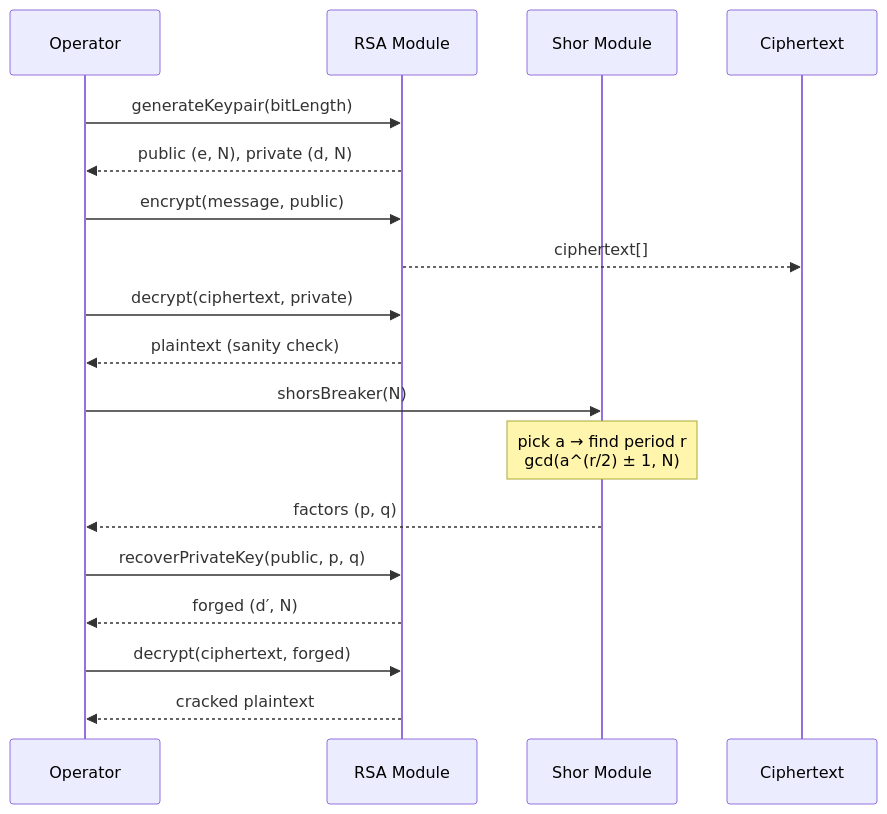
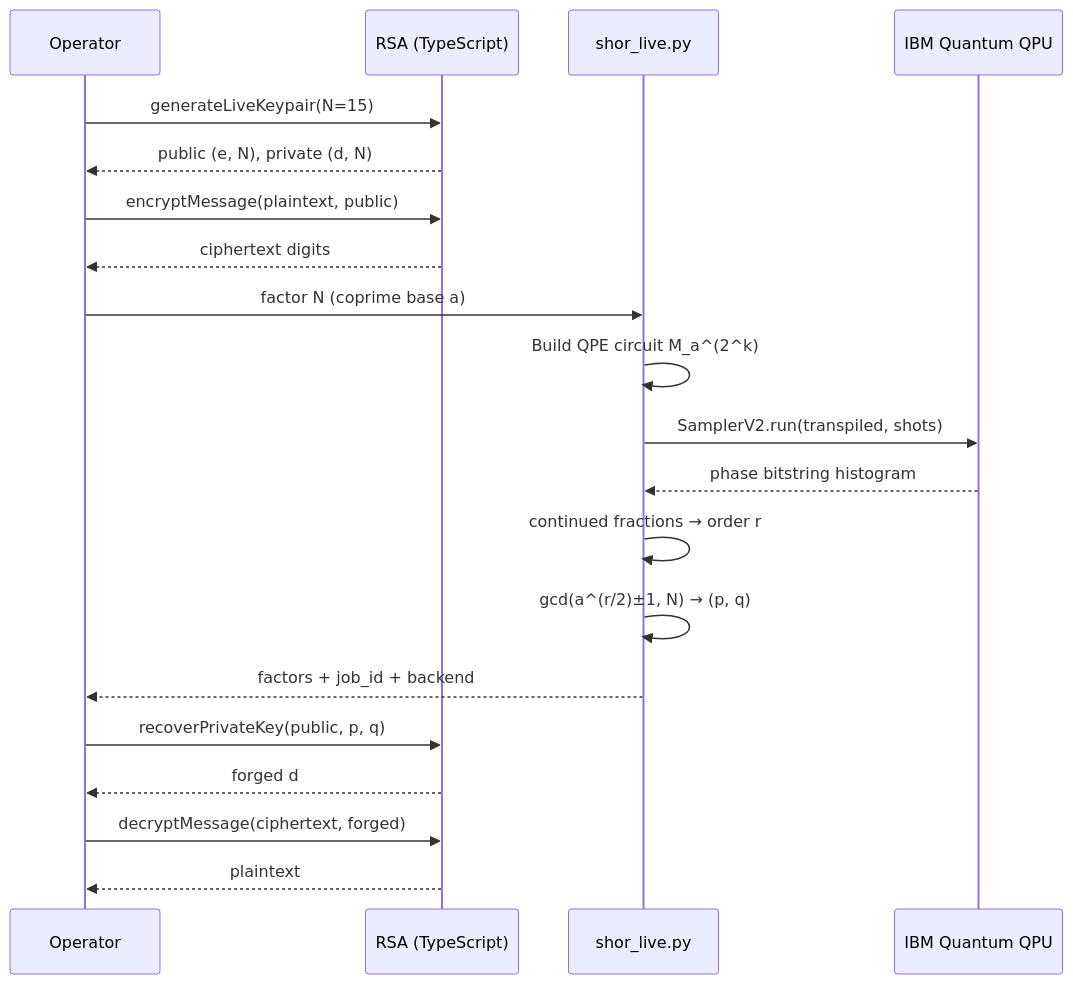
The second of 4 diagrams in README.md (shep95/ZOSMA_ANTI_ENCRYPTION), drawn with Mermaid before and after one commit. The commit also changed other lines of this file and 9 other files, not shown here.

First line of the commit message:
Replace classical period finding with live IBM Quantum Shor.

````diff
--- a/README.md
+++ b/README.md
@@ -60,26 +56,26 @@
 ```mermaid
 sequenceDiagram
-  participant U as Operator
-  participant RSA as RSA Module
-  participant SHOR as Shor Module
-  participant CT as Ciphertext
+  participant Op as Operator
+  participant RSA as RSA (TypeScript)
+  participant Q as shor_live.py
+  participant IBM as IBM Quantum QPU
 
-  U->>RSA: generateKeypair(bitLength)
-  RSA-->>U: public (e, N), private (d, N)
+  Op->>RSA: generateLiveKeypair(N=15)
+  RSA-->>Op: public (e, N), private (d, N)
 
-  U->>RSA: encrypt(message, public)
-  RSA-->>CT: ciphertext[]
+  Op->>RSA: encryptMessage(plaintext, public)
+  RSA-->>Op: ciphertext digits
 
-  U->>RSA: decrypt(ciphertext, private)
-  RSA-->>U: plaintext (sanity check)
+  Op->>Q: factor N (coprime base a)
+  Q->>Q: Build QPE circuit M_a^(2^k)
+  Q->>IBM: SamplerV2.run(transpiled, shots)
+  IBM-->>Q: phase bitstring histogram
+  Q->>Q: continued fractions → order r
+  Q->>Q: gcd(a^(r/2)±1, N) → (p, q)
+  Q-->>Op: factors + job_id + backend
 
-  U->>SHOR: shorsBreaker(N)
-  Note over SHOR: pick a → find period r<br/>gcd(a^(r/2) ± 1, N)
-  SHOR-->>U: factors (p, q)
-
-  U->>RSA: recoverPrivateKey(public, p, q)
-  RSA-->>U: forged (d′, N)
-
-  U->>RSA: decrypt(ciphertext, forged)
-  RSA-->>U: cracked plaintext
+  Op->>RSA: recoverPrivateKey(public, p, q)
+  RSA-->>Op: forged d
+  Op->>RSA: decryptMessage(ciphertext, forged)
+  RSA-->>Op: plaintext
 ```
````
